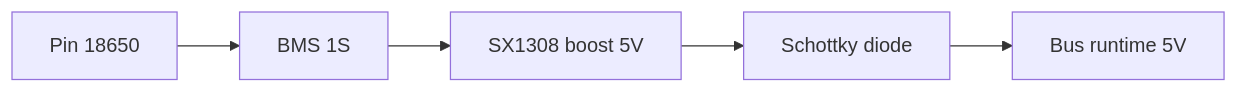
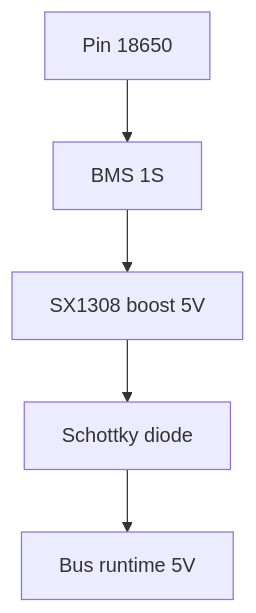
The diagram in resources/reports/thesis/final/assets/uml/07-chuong-4-trien-khai-hardware-hinh-4-8.mmd (anmh1205/IoT_Vehicle_Tracking_System), drawn with Mermaid before and after one commit. The commit also changed 705 other files, not shown here.

```diff
--- a/resources/reports/thesis/final/assets/uml/07-chuong-4-trien-khai-hardware-hinh-4-8.mmd
+++ b/resources/reports/thesis/final/assets/uml/07-chuong-4-trien-khai-hardware-hinh-4-8.mmd
@@ -1,5 +1,5 @@
-flowchart LR
+flowchart TB
     Cell["Pin 18650"] --> BMS["BMS 1S"]
     BMS --> Boost["SX1308 boost 5V"]
-    Boost --> D["Schottky diode"]
-    D --> Runtime["Bus runtime 5V"]
+    Boost --> Diode["Schottky diode"]
+    Diode --> Runtime["Bus runtime 5V"]
```
